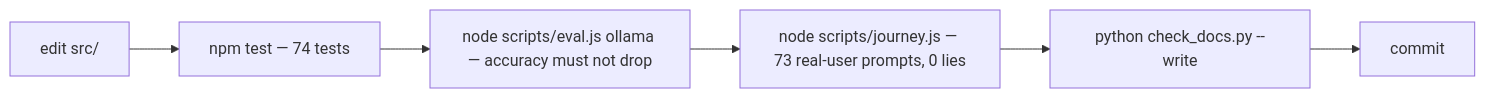
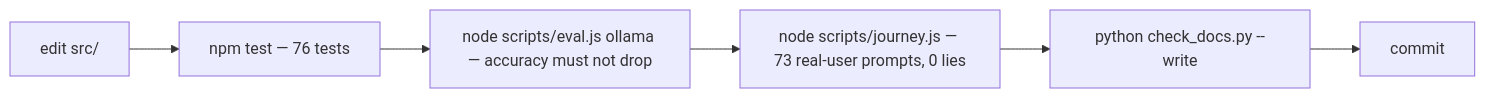
The second of 2 diagrams in docs/architecture.md (vishnurkb/GitCat), drawn with Mermaid before and after one commit. The commit also changed 8 other files, not shown here.

````diff
--- a/docs/architecture.md
+++ b/docs/architecture.md
@@ -74,8 +74,8 @@
 ```mermaid
 flowchart LR
-  E[edit src/] --> T[npm test — 74 tests]
+  E[edit src/] --> T[npm test — 76 tests]
   T --> EV[node scripts/eval.js ollama — accuracy must not drop]
   EV --> E2[node scripts/journey.js — 73 real-user prompts, 0 lies]
   E2 --> D[python check_docs.py --write]
   D --> C[commit]
 ```
````
